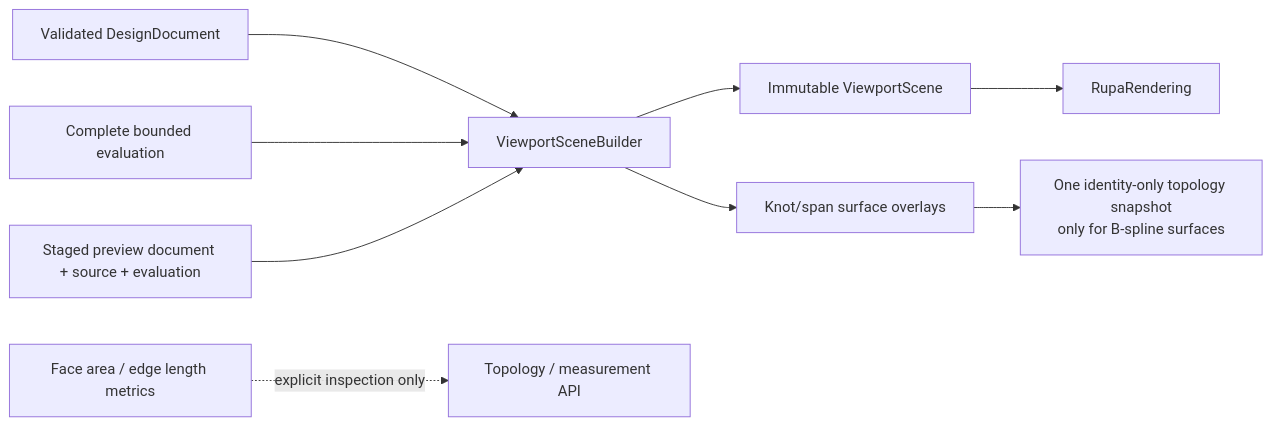
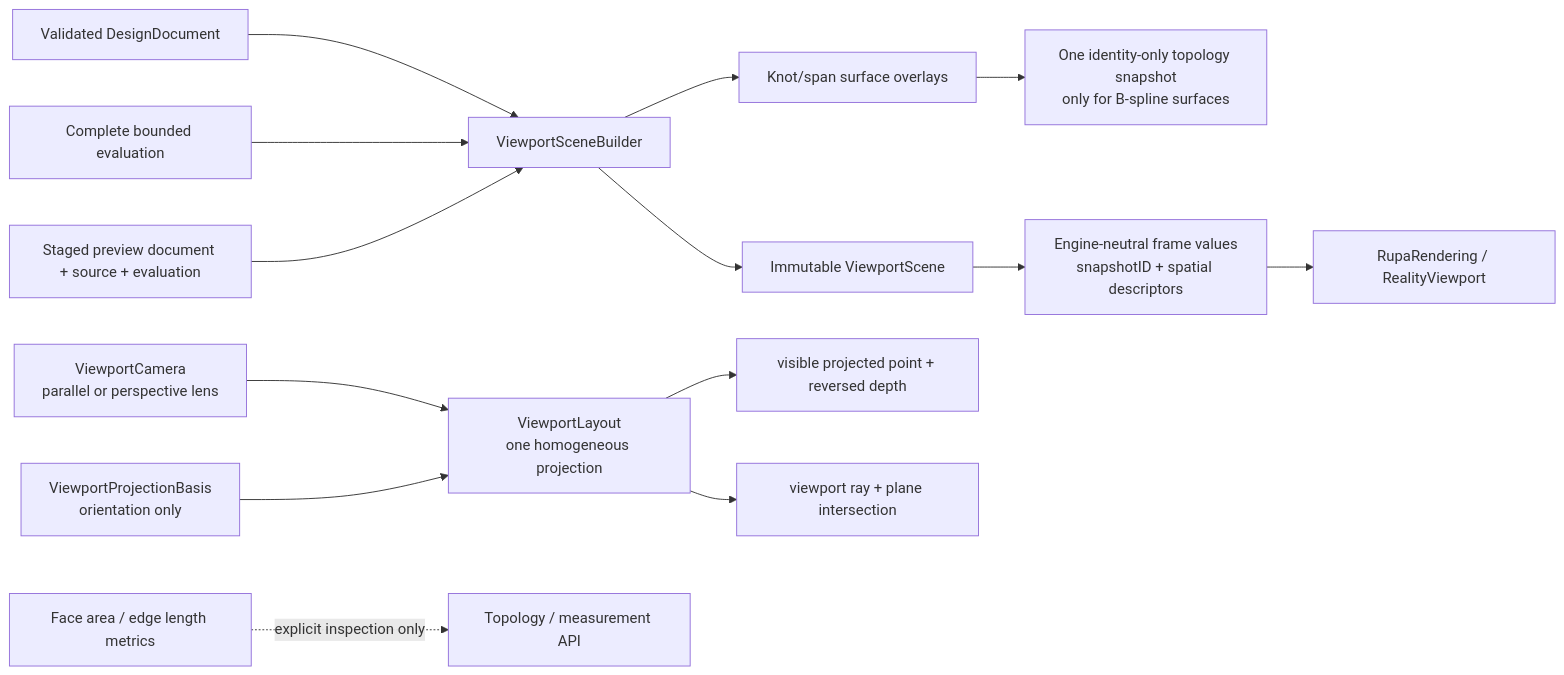
The first of 2 diagrams in RupaKit/Sources/RupaViewportScene/DESIGN.md (1amageek/Rupa), drawn with Mermaid before and after one commit. The commit also changed other lines of this file and 76 other files, not shown here.

Commit message:
feat: render viewport surfaces with native RealityKit cameras

````diff
--- a/RupaKit/Sources/RupaViewportScene/DESIGN.md
+++ b/RupaKit/Sources/RupaViewportScene/DESIGN.md
@@ -46,11 +64,16 @@
 ```mermaid
 flowchart LR
     Source["Validated DesignDocument"] --> Builder["ViewportSceneBuilder"]
     Evaluation["Complete bounded evaluation"] --> Builder
     Preview["Staged preview document + source + evaluation"] --> Builder
     Builder --> Scene["Immutable ViewportScene"]
     Builder --> Overlay["Knot/span surface overlays"]
     Overlay --> Identity["One identity-only topology snapshot\nonly for B-spline surfaces"]
-    Scene --> Rendering["RupaRendering"]
+    Scene --> Frame["Engine-neutral frame values\nsnapshotID + spatial descriptors"]
+    Frame --> Rendering["RupaRendering / RealityViewport"]
+    Camera["ViewportCamera\nparallel or perspective lens"] --> Layout["ViewportLayout\none homogeneous projection"]
+    Basis["ViewportProjectionBasis\norientation only"] --> Layout
+    Layout --> Screen["visible projected point + reversed depth"]
+    Layout --> Ray["viewport ray + plane intersection"]
     Metrics["Face area / edge length metrics"] -. "explicit inspection only" .-> Inspection["Topology / measurement API"]
 ```
````
